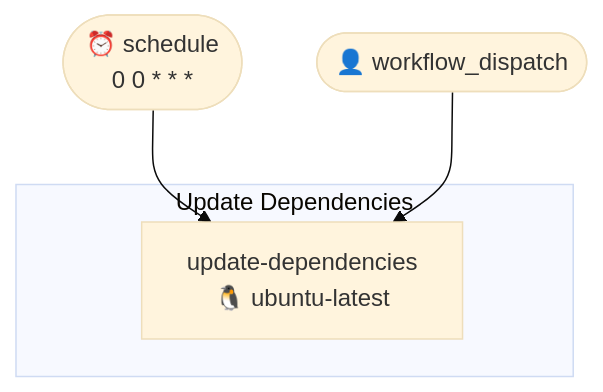
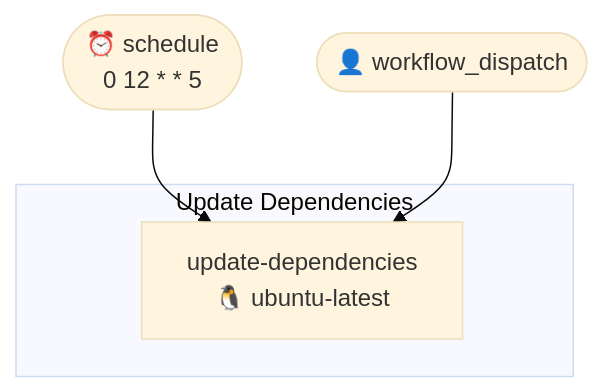
Before and after one commit to http4k/standards: the first of 2 diagrams in .github/typeflows/update-dependencies/README.md, drawn with Mermaid (base theme). The commit also changed 4 other files, not shown here.

````diff
--- a/.github/typeflows/update-dependencies/README.md
+++ b/.github/typeflows/update-dependencies/README.md
@@ -3,11 +3,11 @@
 ```mermaid
 %%{init: {"flowchart": {"curve": "basis"}}}%%
 flowchart TD
-    schedule(["⏰ schedule<br/>0 0 * * *"])
+    schedule(["⏰ schedule<br/>0 12 * * 5"])
     workflowdispatch(["👤 workflow_dispatch"])
     subgraph updatedependenciesyml["Update Dependencies"]
         updatedependenciesyml_updatedependencies["update-dependencies<br/>🐧 ubuntu-latest"]
     end
     schedule --> updatedependenciesyml_updatedependencies
     workflowdispatch --> updatedependenciesyml_updatedependencies
 ```
````
